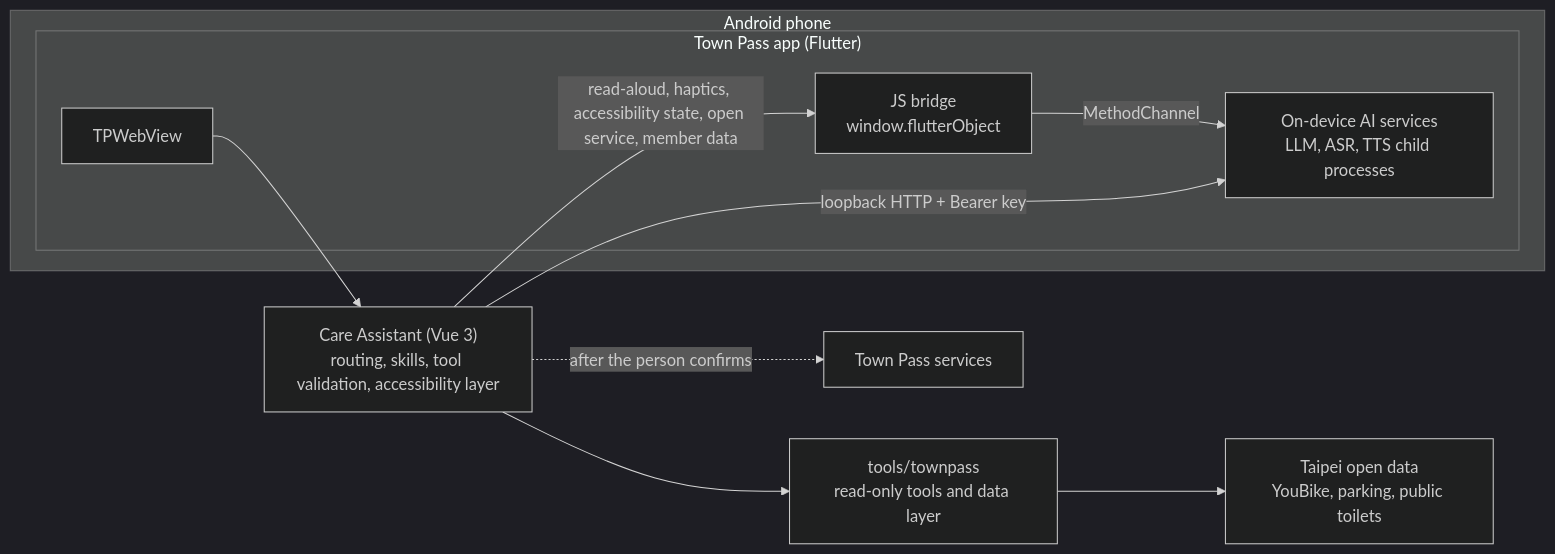
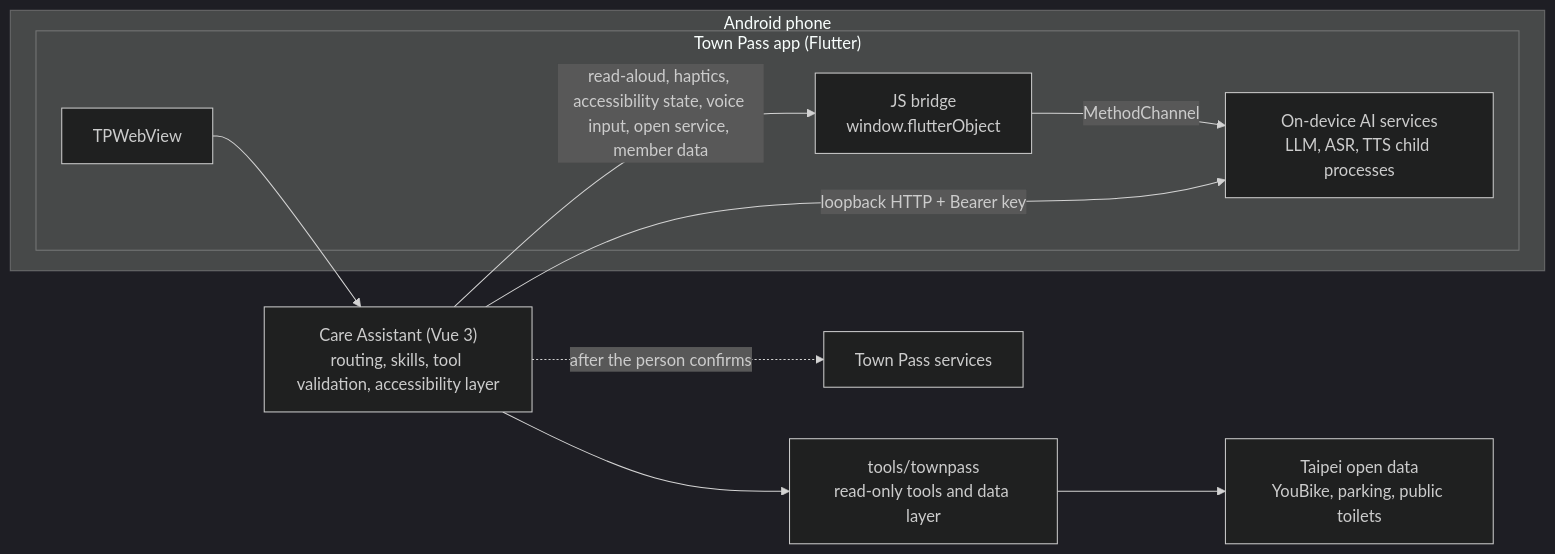
The diagram in README.en.md (Twcat0503/2026_taipei_codefest), drawn with Mermaid (dark theme) before and after one commit. The commit also changed other lines of this file and 1 other file, not shown here.

````diff
--- a/README.en.md
+++ b/README.en.md
@@ -45,17 +46,17 @@
 ```mermaid
 flowchart LR
   subgraph Phone["Android phone"]
     subgraph App["Town Pass app (Flutter)"]
       WebView["TPWebView"]
       Bridge["JS bridge<br/>window.flutterObject"]
       Native["On-device AI services<br/>LLM, ASR, TTS child processes"]
     end
   end
   WebView --> Agent["Care Assistant (Vue 3)<br/>routing, skills, tool validation, accessibility layer"]
-  Agent -- "read-aloud, haptics, accessibility state, open service, member data" --> Bridge
+  Agent -- "read-aloud, haptics, accessibility state, voice input, open service, member data" --> Bridge
   Bridge -- "MethodChannel" --> Native
   Agent -- "loopback HTTP + Bearer key" --> Native
   Agent --> Tools["tools/townpass<br/>read-only tools and data layer"]
   Tools --> OpenData["Taipei open data<br/>YouBike, parking, public toilets"]
   Agent -. "after the person confirms" .-> Services["Town Pass services"]
 ```
````
